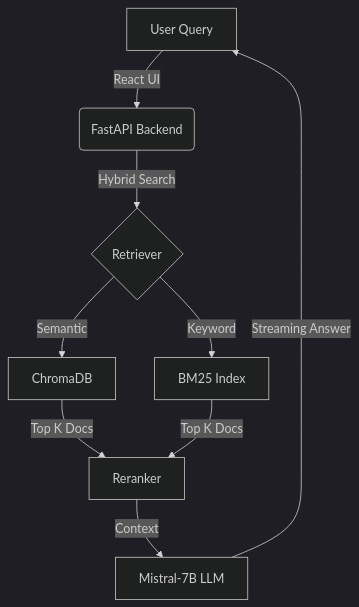
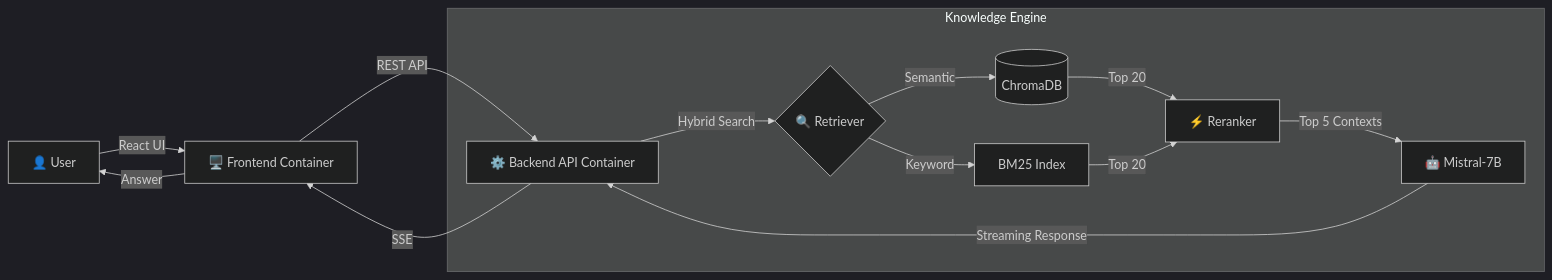
One commit to bhuvanchandar7/IntelliDocs changed the diagram in README.md. Above: the diagram before and after it, drawn with Mermaid (dark theme). The commit also changed other lines of this file, not shown here.

````diff
--- a/README.md
+++ b/README.md
@@ -44,10 +33,18 @@
 ```mermaid
-graph TD
-    A[User Query] -->|React UI| B(FastAPI Backend)
-    B -->|Hybrid Search| C{Retriever}
-    C -->|Semantic| D[ChromaDB]
-    C -->|Keyword| E[BM25 Index]
-    D & E -->|Top K Docs| F[Reranker]
-    F -->|Context| G[Mistral-7B LLM]
-    G -->|Streaming Answer| A
+graph LR
+    User[👤 User] -->|React UI| Frontend[🖥️ Frontend Container]
+    Frontend -->|REST API| Backend[⚙️ Backend API Container]
+    
+    subgraph "Knowledge Engine"
+        Backend -->|Hybrid Search| Retriever{🔍 Retriever}
+        Retriever -->|Semantic| Chroma[(ChromaDB)]
+        Retriever -->|Keyword| BM25[BM25 Index]
+        
+        Chroma & BM25 -->|Top 20| CrossEncoder[⚡ Reranker]
+        CrossEncoder -->|Top 5 Contexts| LLM[🤖 Mistral-7B]
+    end
+    
+    LLM -->|Streaming Response| Backend
+    Backend -->|SSE| Frontend
+    Frontend -->|Answer| User
 ```
````
